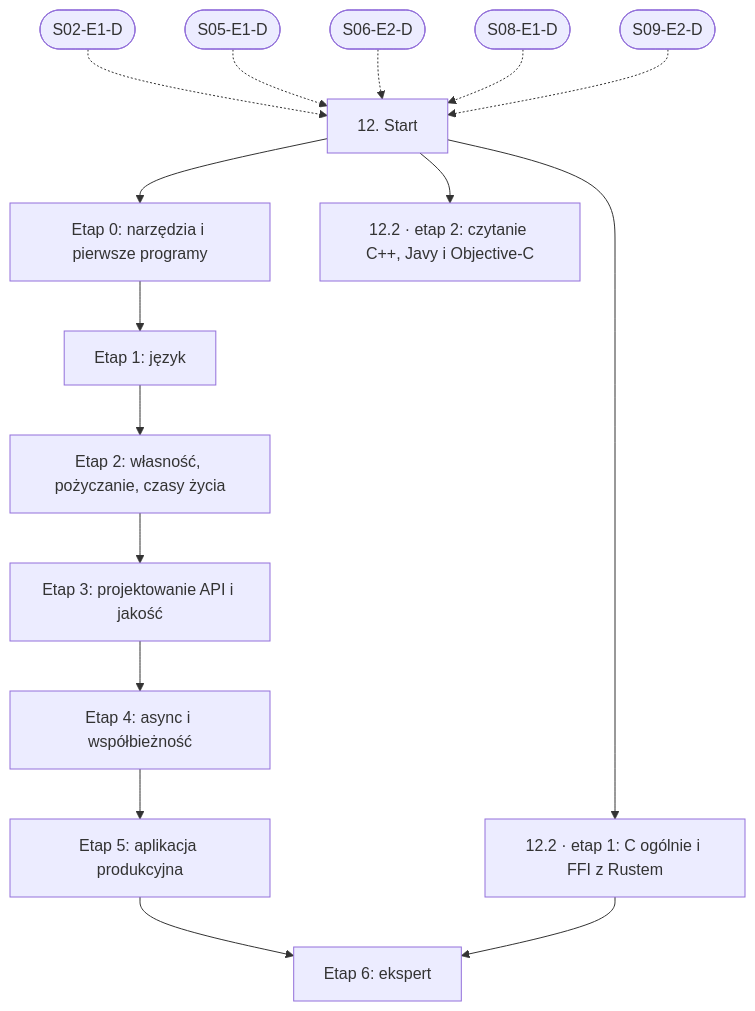
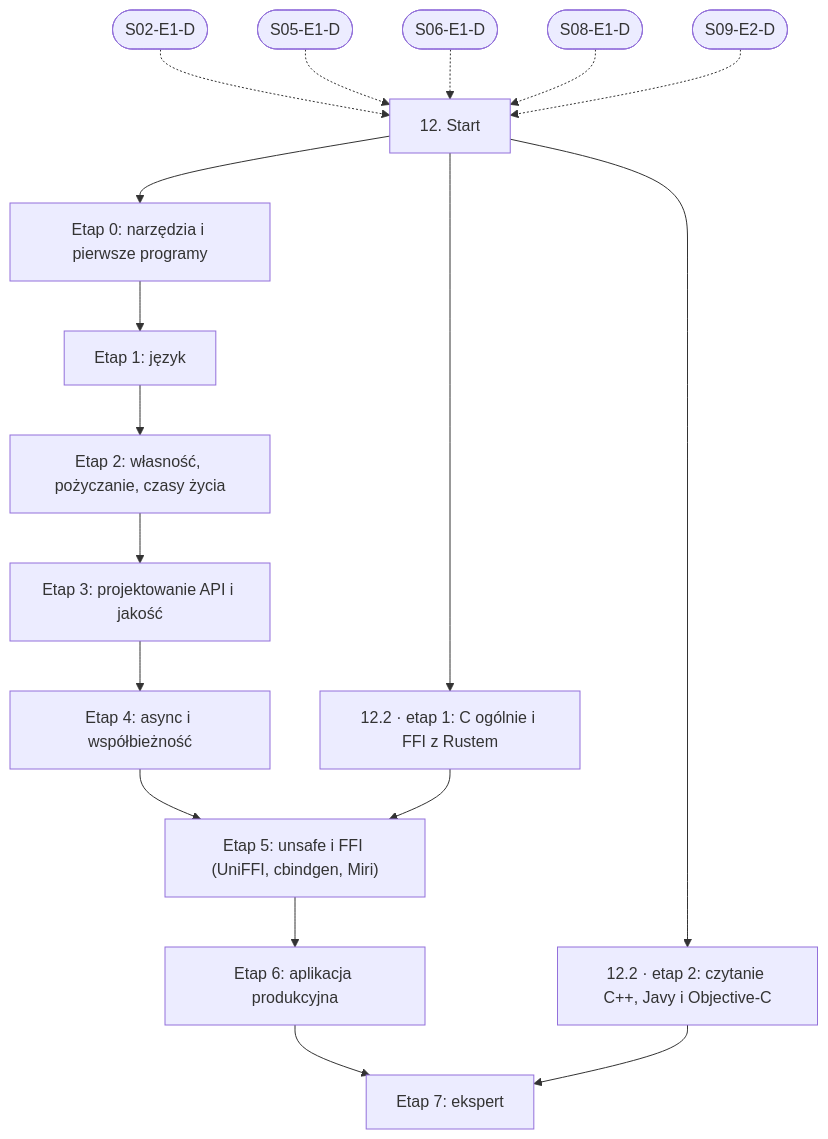
The diagram in linear/12-rust-jako-wspolny-fundament.md (danjarosz/software-development-learning-path), drawn with Mermaid before and after one commit. The commit also changed other lines of this file and 65 other files, not shown here.

First line of the commit message:
feat: popraw ścieżki nauki po przeglądzie i dodaj NestJS, FastAPI i GraphQL

````diff
--- a/linear/12-rust-jako-wspolny-fundament.md
+++ b/linear/12-rust-jako-wspolny-fundament.md
@@ -100,28 +96,31 @@
 ```mermaid
 flowchart TD
   START["12. Start"]
   E0["Etap 0: narzędzia i pierwsze programy"]
   E1["Etap 1: język"]
   E2["Etap 2: własność, pożyczanie, czasy życia"]
   E3["Etap 3: projektowanie API i jakość"]
   E4["Etap 4: async i współbieżność"]
-  E5["Etap 5: aplikacja produkcyjna"]
-  E6["Etap 6: ekspert"]
+  E5["Etap 5: unsafe i FFI (UniFFI, cbindgen, Miri)"]
+  E6["Etap 6: aplikacja produkcyjna"]
+  E7["Etap 7: ekspert"]
   U1["12.2 · etap 1: C ogólnie i FFI z Rustem"]
   U2["12.2 · etap 2: czytanie C++, Javy i Objective-C"]
   START --> E0
   E0 --> E1
   E1 --> E2
   E2 --> E3
   E3 --> E4
   E4 --> E5
+  U1 --> E5
   E5 --> E6
-  U1 --> E6
+  E6 --> E7
+  U2 --> E7
   START --> U1
   START --> U2
   XS02E1D(["S02-E1-D"]) -.-> START
   XS05E1D(["S05-E1-D"]) -.-> START
-  XS06E2D(["S06-E2-D"]) -.-> START
+  XS06E1D(["S06-E1-D"]) -.-> START
   XS08E1D(["S08-E1-D"]) -.-> START
   XS09E2D(["S09-E2-D"]) -.-> START
 ```
````
